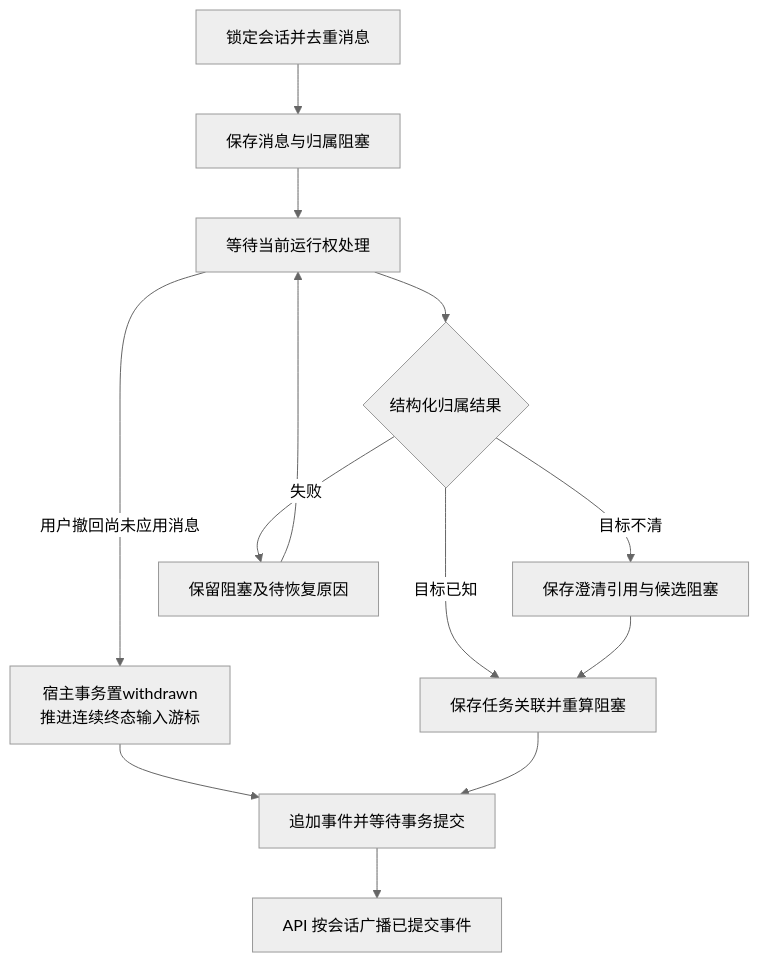
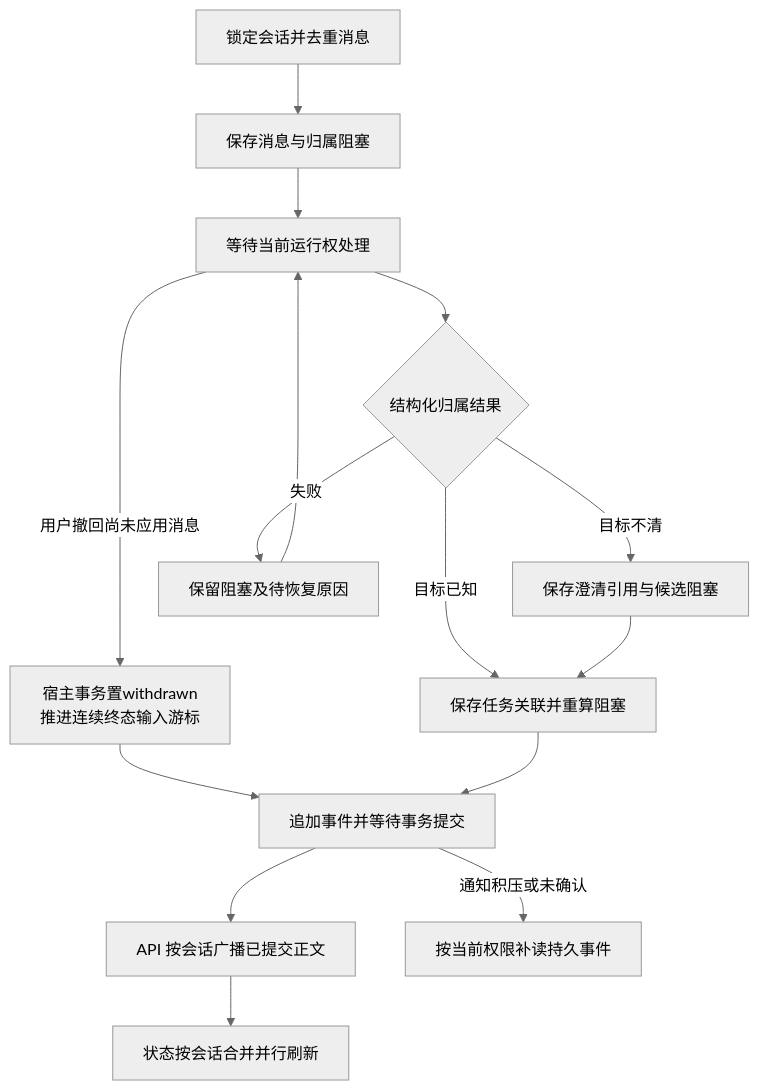
Before and after one commit to yaoziyaoguai/data_agent: the second of 8 diagrams in docs/architecture/runtime-modules.md, drawn with Mermaid (neutral theme). The commit also changed 50 other files, not shown here.

````diff
--- a/docs/architecture/runtime-modules.md
+++ b/docs/architecture/runtime-modules.md
@@ -84,15 +84,17 @@
 ```mermaid
 flowchart TD
   A[锁定会话并去重消息] --> B[保存消息与归属阻塞]
   B --> C[等待当前运行权处理]
   C --> D{结构化归属结果}
   C -->|用户撤回尚未应用消息| W[宿主事务置withdrawn<br/>推进连续终态输入游标]
   W --> H
   D -->|目标已知| E[保存任务关联并重算阻塞]
   D -->|目标不清| F[保存澄清引用与候选阻塞]
   D -->|失败| G[保留阻塞及待恢复原因]
   F --> E
   G --> C
   E --> H[追加事件并等待事务提交]
-  H --> I[API 按会话广播已提交事件]
+  H --> I[API 按会话广播已提交正文]
+  I --> J[状态按会话合并并行刷新]
+  H -->|通知积压或未确认| K[按当前权限补读持久事件]
 ```
````
